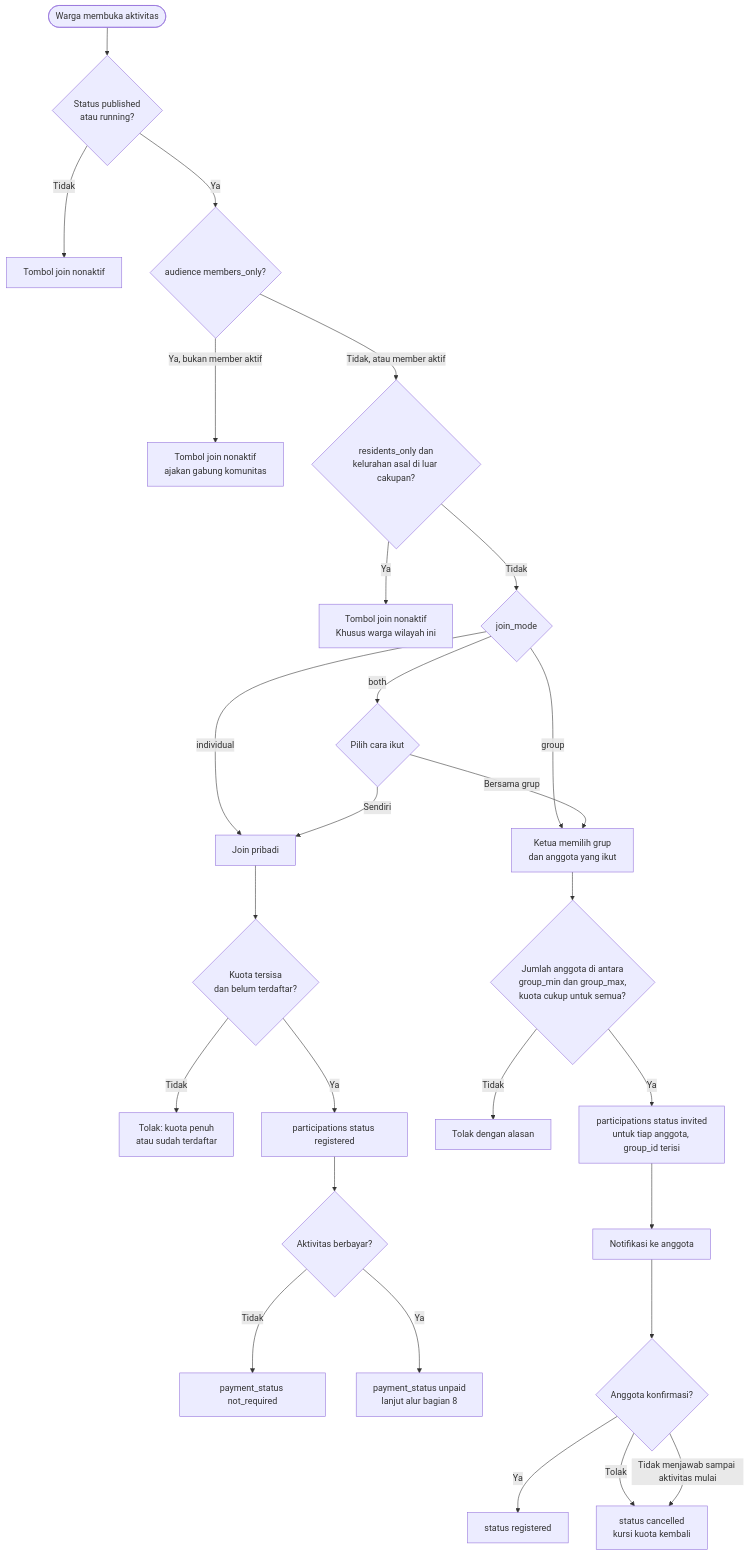
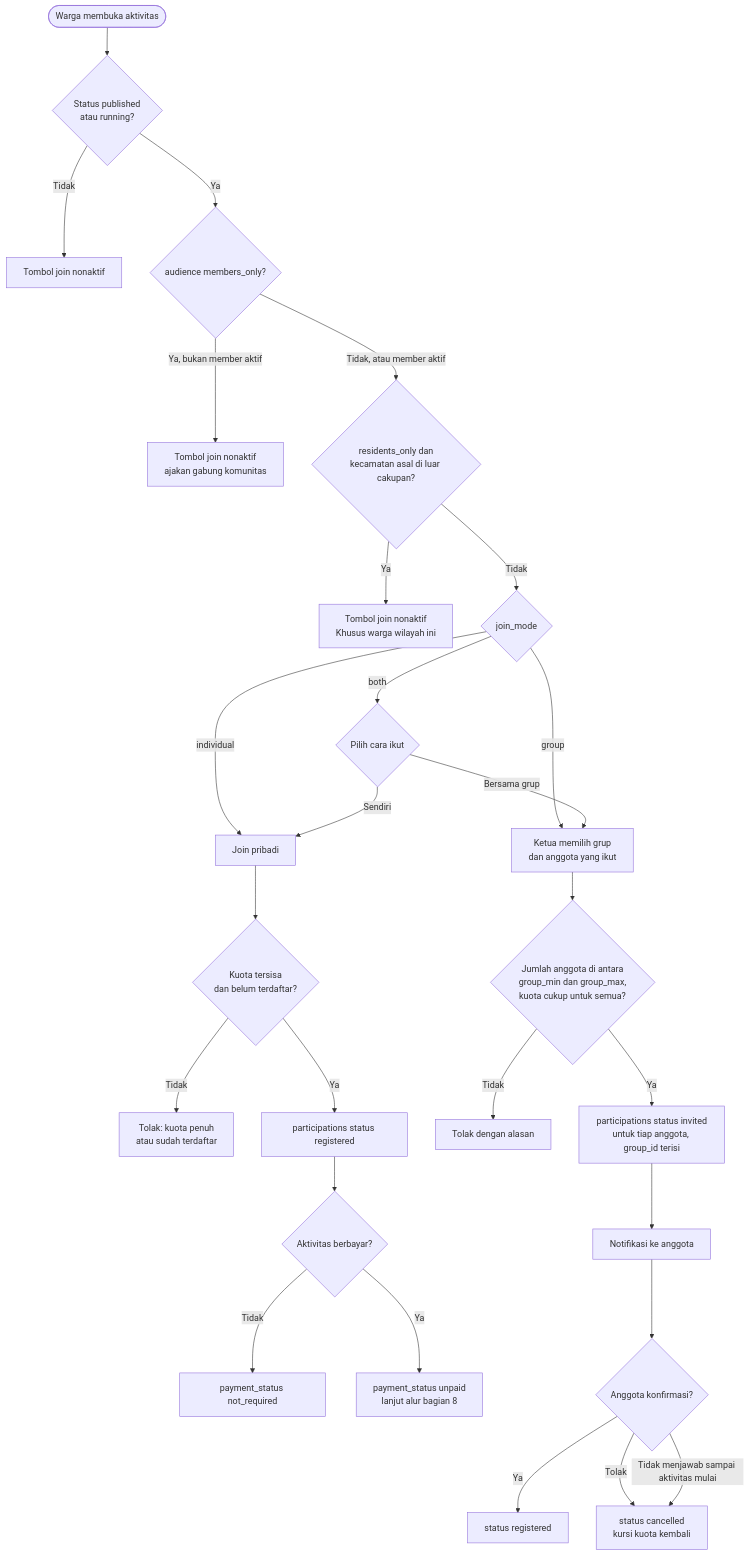
Diagram 19 of 30 in docs/ALUR-SISTEM.md (mirwanma/gasyu), drawn with Mermaid before and after one commit. The commit also changed other lines of this file and 3 other files, not shown here.

````diff
--- a/docs/ALUR-SISTEM.md
+++ b/docs/ALUR-SISTEM.md
@@ -832,31 +848,31 @@
 ```mermaid
 flowchart TD
     S([Warga membuka aktivitas]) --> ST{Status published<br/>atau running?}
     ST -- Tidak --> X0[Tombol join nonaktif]
     ST -- Ya --> AUD{audience members_only?}
     AUD -- Ya, bukan member aktif --> XM[Tombol join nonaktif<br/>ajakan gabung komunitas]
-    AUD -- Tidak, atau member aktif --> RS{residents_only dan<br/>kelurahan asal di luar cakupan?}
+    AUD -- Tidak, atau member aktif --> RS{residents_only dan<br/>kecamatan asal di luar cakupan?}
     RS -- Ya --> XR[Tombol join nonaktif<br/>Khusus warga wilayah ini]
     RS -- Tidak --> MD{join_mode}
     MD -->|individual| P
     MD -->|group| GR
     MD -->|both| CH{Pilih cara ikut}
     CH -->|Sendiri| P
     CH -->|Bersama grup| GR
 
     P[Join pribadi] --> Q1{Kuota tersisa<br/>dan belum terdaftar?}
     Q1 -- Tidak --> X1[Tolak: kuota penuh<br/>atau sudah terdaftar]
     Q1 -- Ya --> R1[participations status registered]
     R1 --> PD{Aktivitas berbayar?}
     PD -- Tidak --> PN[payment_status not_required]
     PD -- Ya --> PU[payment_status unpaid<br/>lanjut alur bagian 8]
 
     GR[Ketua memilih grup<br/>dan anggota yang ikut] --> Q2{Jumlah anggota di antara<br/>group_min dan group_max,<br/>kuota cukup untuk semua?}
     Q2 -- Tidak --> X2[Tolak dengan alasan]
     Q2 -- Ya --> R2[participations status invited<br/>untuk tiap anggota, group_id terisi]
     R2 --> NT[Notifikasi ke anggota]
     NT --> CF{Anggota konfirmasi?}
     CF -- Ya --> R3[status registered]
     CF -- Tolak --> R4[status cancelled<br/>kursi kuota kembali]
     CF -- Tidak menjawab sampai aktivitas mulai --> R4
 ```
````
